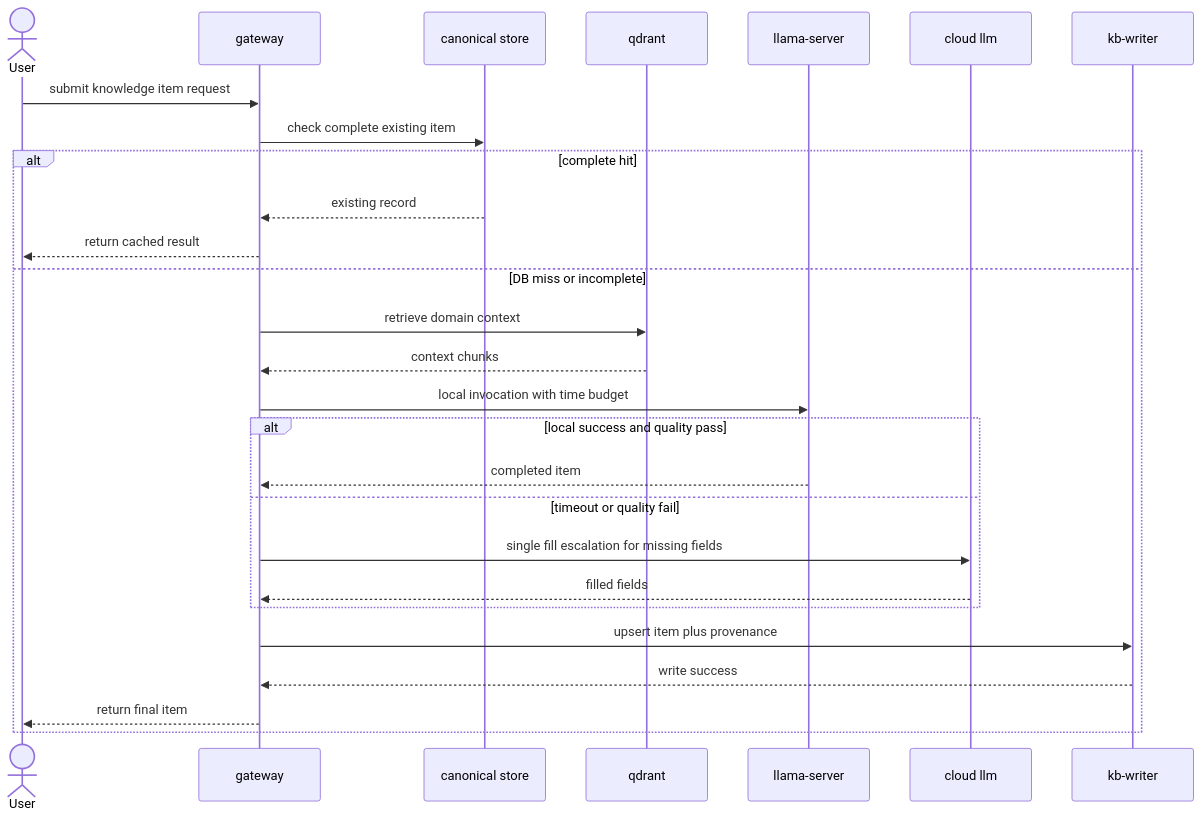
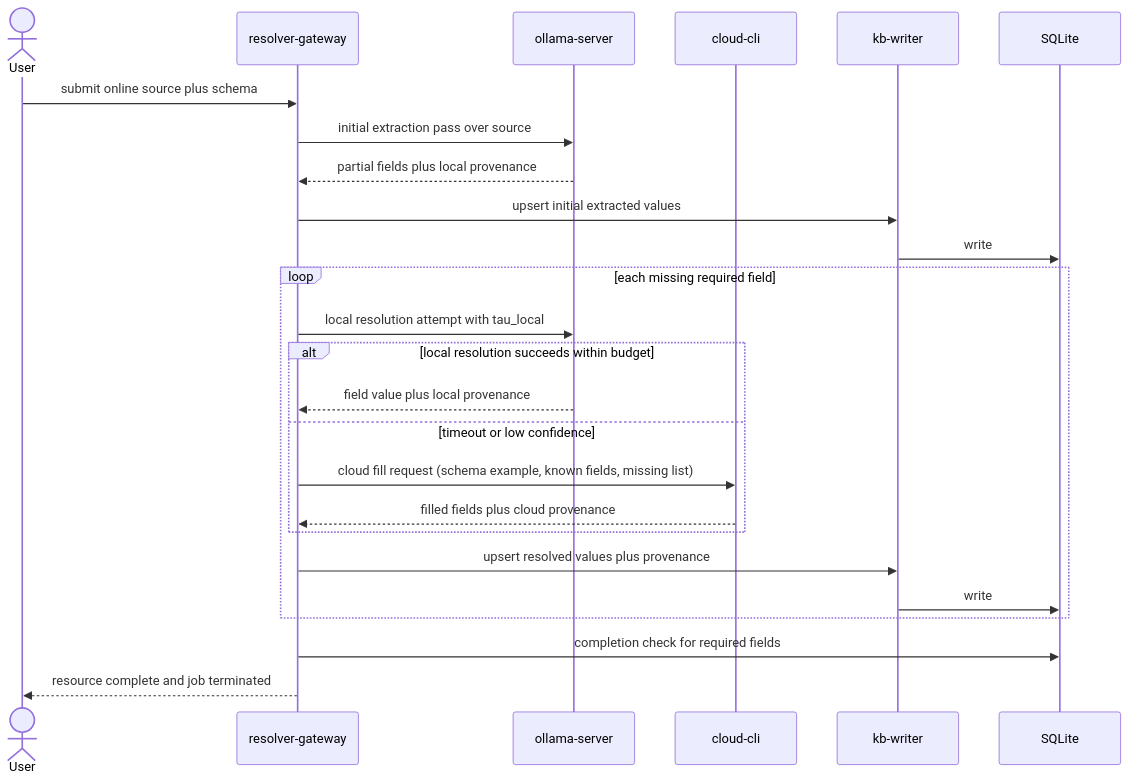
One commit to xXChiffreXx/AI-Hybrid-Deployment changed the diagram in docs/architecture/01_runtime_routing_and_invocation.md. Above: the diagram before and after it, drawn with Mermaid. The commit also changed other lines of this file and 3 other files, not shown here.

Commit message:
Align architecture docs to MVP local-first enrichment workflow

````diff
--- a/docs/architecture/01_runtime_routing_and_invocation.md
+++ b/docs/architecture/01_runtime_routing_and_invocation.md
@@ -32,30 +29,30 @@
 ```mermaid
 sequenceDiagram
   actor U as User
-  participant G as gateway
-  participant D as canonical store
-  participant Q as qdrant
-  participant L as llama-server
-  participant C as cloud llm
+  participant G as resolver-gateway
+  participant O as ollama-server
+  participant C as cloud-cli
   participant W as kb-writer
+  participant S as SQLite
 
-  U->>G: submit knowledge item request
-  G->>D: check complete existing item
-  alt complete hit
-    D-->>G: existing record
-    G-->>U: return cached result
-  else DB miss or incomplete
-    G->>Q: retrieve domain context
-    Q-->>G: context chunks
-    G->>L: local invocation with time budget
-    alt local success and quality pass
-      L-->>G: completed item
-    else timeout or quality fail
-      G->>C: single fill escalation for missing fields
-      C-->>G: filled fields
+  U->>G: submit online source plus schema
+  G->>O: initial extraction pass over source
+  O-->>G: partial fields plus local provenance
+  G->>W: upsert initial extracted values
+  W->>S: write
+
+  loop each missing required field
+    G->>O: local resolution attempt with tau_local
+    alt local resolution succeeds within budget
+      O-->>G: field value plus local provenance
+    else timeout or low confidence
+      G->>C: cloud fill request (schema example, known fields, missing list)
+      C-->>G: filled fields plus cloud provenance
     end
-    G->>W: upsert item plus provenance
-    W-->>G: write success
-    G-->>U: return final item
+    G->>W: upsert resolved values plus provenance
+    W->>S: write
   end
+
+  G->>S: completion check for required fields
+  G-->>U: resource complete and job terminated
 ```
````
